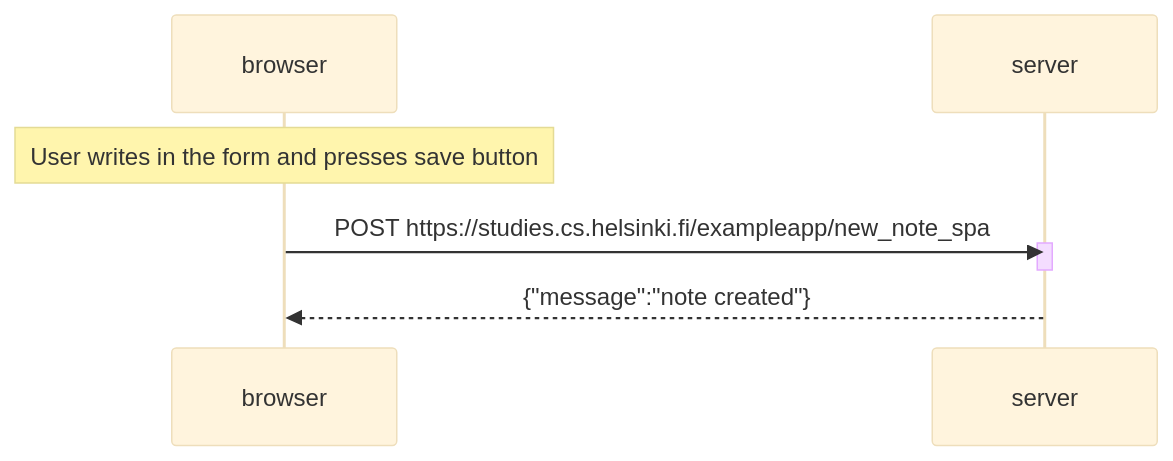
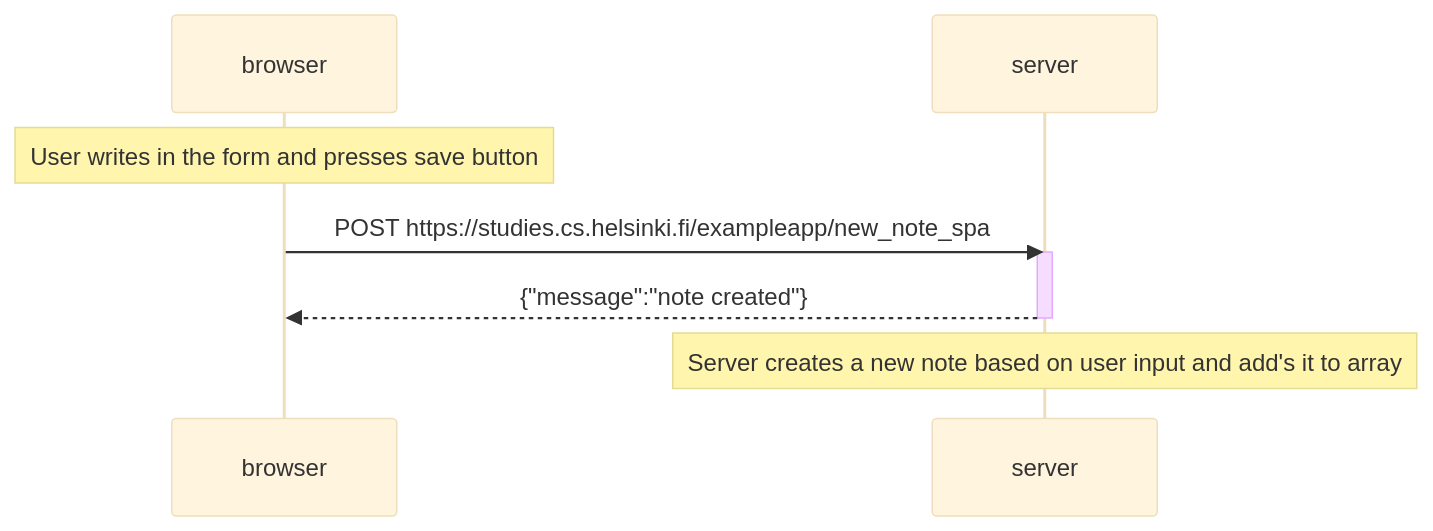
The diagram in part0/new-note-in-single-page-app-diagram.md (chrale/full-stack-open), drawn with Mermaid (base theme) before and after one commit.

Commit message:
fixed ex 0.6

````diff
--- a/part0/new-note-in-single-page-app-diagram.md
+++ b/part0/new-note-in-single-page-app-diagram.md
@@ -1,13 +1,13 @@
 ```mermaid
 sequenceDiagram
     participant browser
     participant server
     
     note over browser: User writes in the form and presses save button
 
     browser->>server: POST https://studies.cs.helsinki.fi/exampleapp/new_note_spa
     activate server
+    server-->>browser: {"message":"note created"}
     deactivate server
-    server-->>browser: {"message":"note created"}
-
+    note over server: Server creates a new note based on user input and add's it to array 
 ```
````
